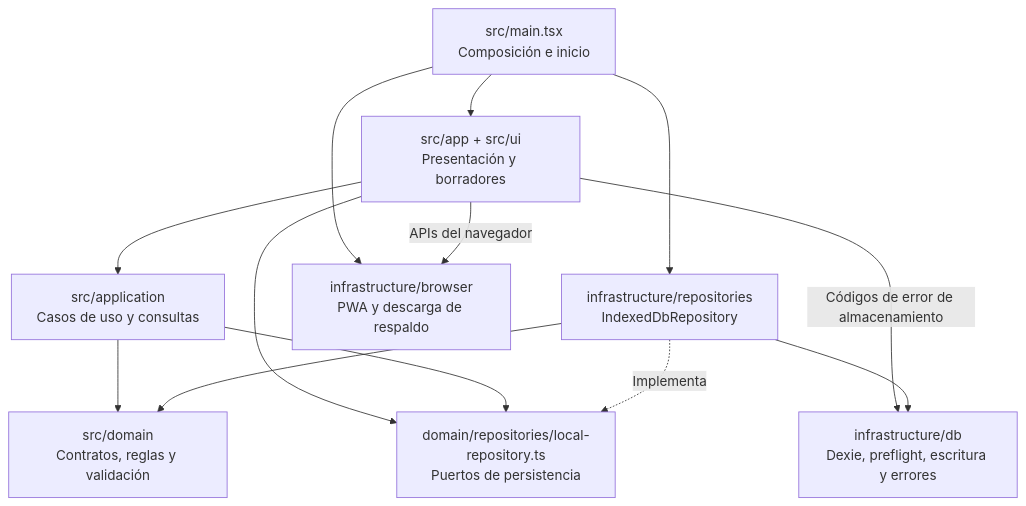
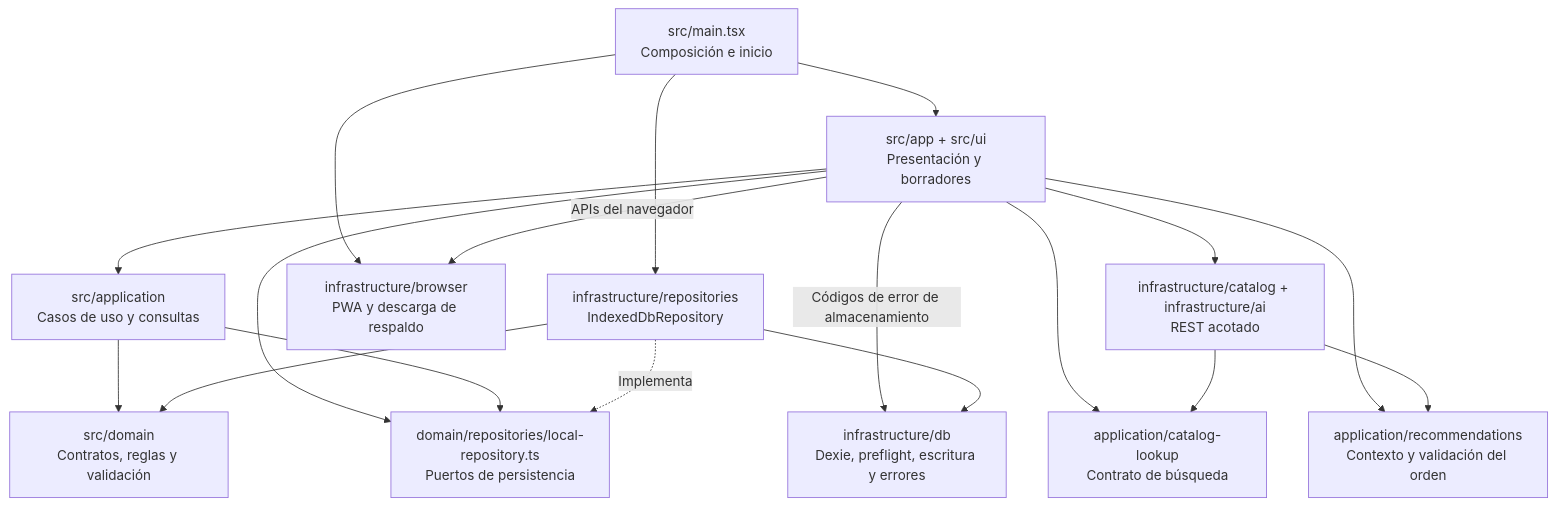
One commit to NicoCG32/Auditorium changed the third of 6 diagrams in docs/ARQUITECTURA.md. Above: the diagram before and after it, drawn with Mermaid. The commit also changed other lines of this file and 52 other files, not shown here.

````diff
--- a/docs/ARQUITECTURA.md
+++ b/docs/ARQUITECTURA.md
@@ -63,23 +77,31 @@
 ```mermaid
 flowchart TB
     Main["src/main.tsx<br/>Composición e inicio"]
     UI["src/app + src/ui<br/>Presentación y borradores"]
     App["src/application<br/>Casos de uso y consultas"]
     Domain["src/domain<br/>Contratos, reglas y validación"]
     Port["domain/repositories/local-repository.ts<br/>Puertos de persistencia"]
     Repo["infrastructure/repositories<br/>IndexedDbRepository"]
     DB["infrastructure/db<br/>Dexie, preflight, escritura y errores"]
     Browser["infrastructure/browser<br/>PWA y descarga de respaldo"]
+    CatalogPort["application/catalog-lookup<br/>Contrato de búsqueda"]
+    Recs["application/recommendations<br/>Contexto y validación del orden"]
+    Remote["infrastructure/catalog + infrastructure/ai<br/>REST acotado"]
     Main --> UI
     Main --> Repo
     Main --> Browser
     UI --> App
     UI --> Port
     UI -->|APIs del navegador| Browser
     UI -->|Códigos de error de almacenamiento| DB
     App --> Domain
     App --> Port
     Repo -.->|Implementa| Port
     Repo --> Domain
     Repo --> DB
+    UI --> CatalogPort
+    UI --> Recs
+    UI --> Remote
+    Remote --> CatalogPort
+    Remote --> Recs
 ```
````
